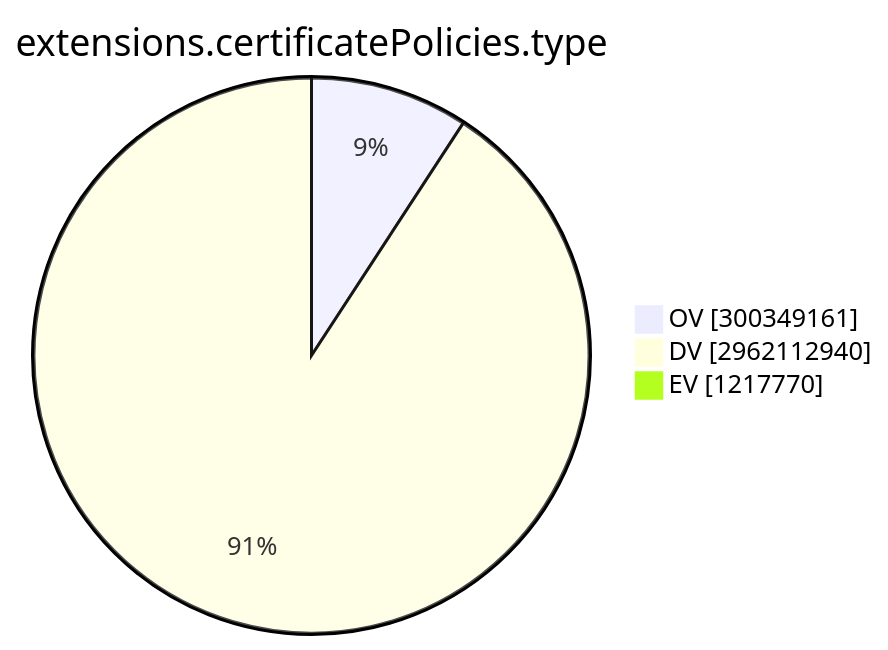
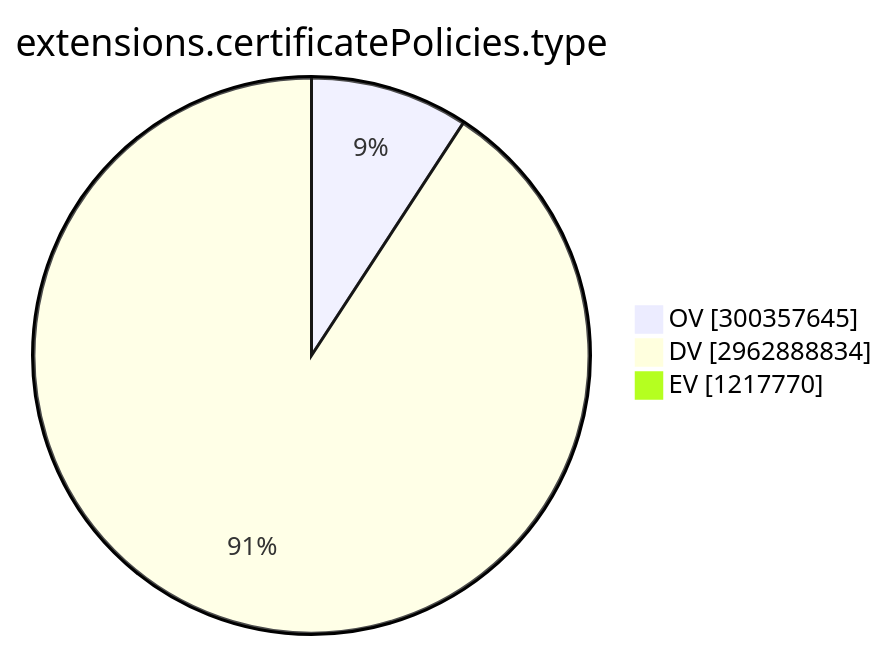
Before and after one commit to christiankrug/ctmonitor_visualization: the ninth of 15 diagrams in TOTAL/README.md, drawn with Mermaid. The commit also changed other lines of this file, not shown here.

````diff
--- a/TOTAL/README.md
+++ b/TOTAL/README.md
@@ -3101,7 +3101,7 @@
 ```mermaid
 pie showData
 title extensions.certificatePolicies.type
-"OV" :300349161
-"DV" :2962112940
+"OV" :300357645
+"DV" :2962888834
 "EV" :1217770
 ```
````
